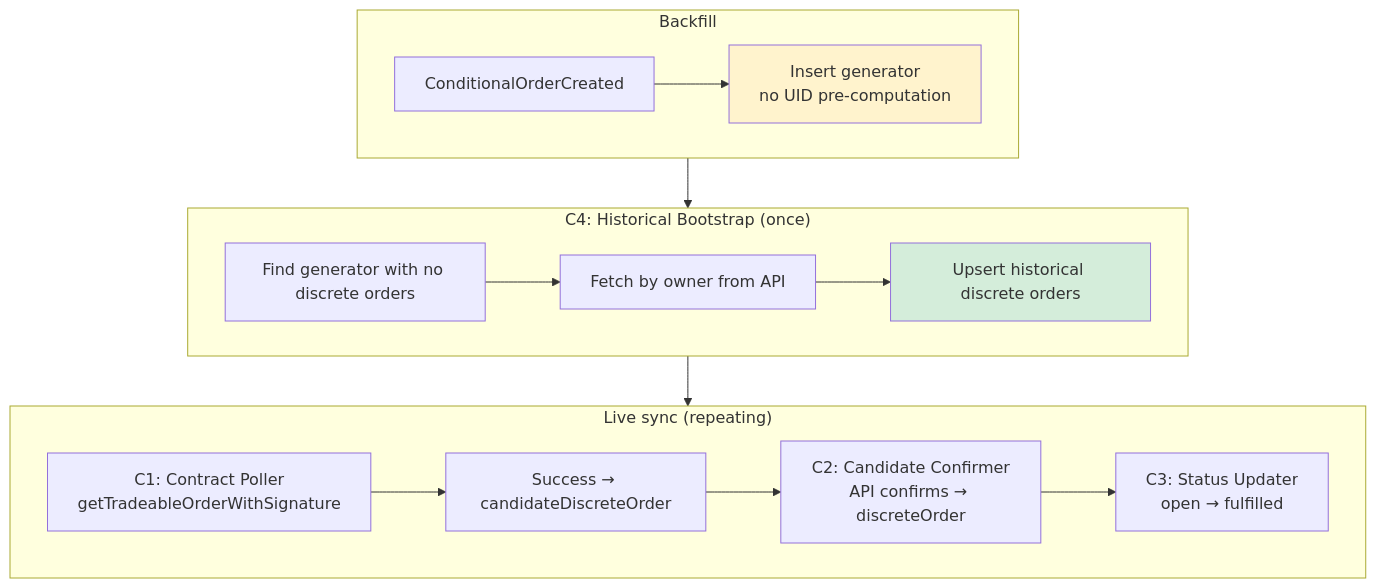
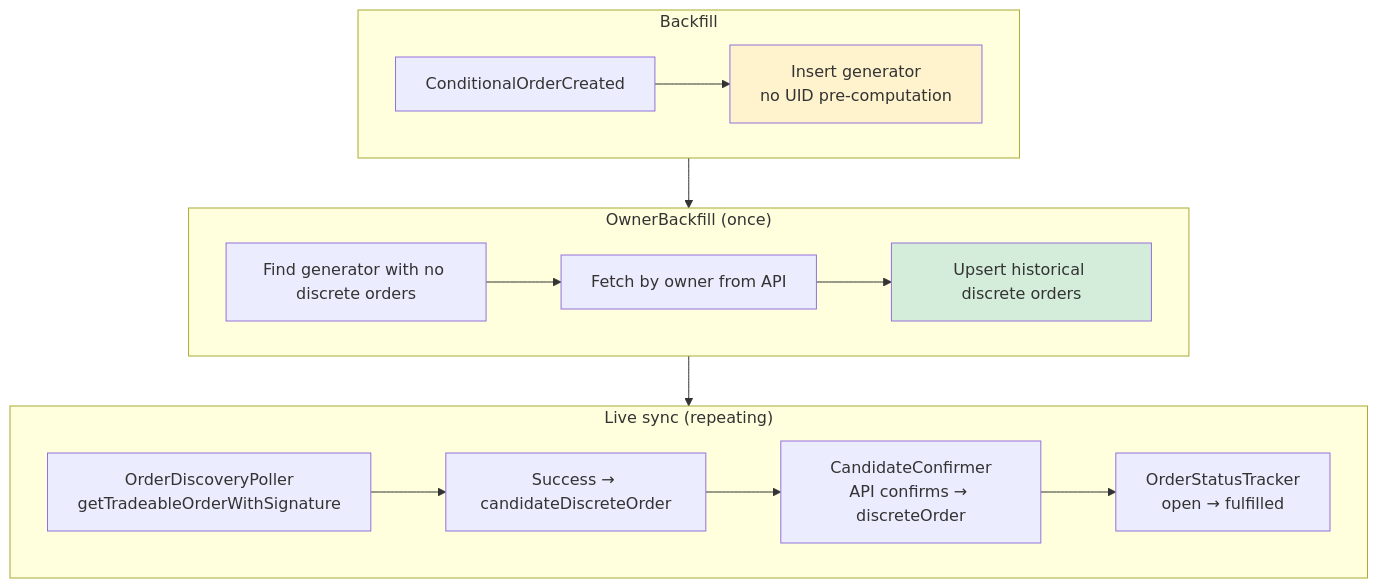
Before and after one commit to bleu/cow-programmatic-orders-api: the sixth of 7 diagrams in agent_docs/m3-orderbook-integration-flow.md, drawn with Mermaid. The commit also changed other lines of this file and 12 other files, not shown here.

````diff
--- a/agent_docs/m3-orderbook-integration-flow.md
+++ b/agent_docs/m3-orderbook-integration-flow.md
@@ -576,28 +576,28 @@
 ```mermaid
 flowchart TD
     subgraph Backfill
         B1["ConditionalOrderCreated"]
         B2["Insert generator<br/>no UID pre-computation"]
         B1 --> B2
     end
 
-    subgraph Bootstrap["C4: Historical Bootstrap (once)"]
+    subgraph Bootstrap["OwnerBackfill (once)"]
         B3["Find generator with no discrete orders"]
         B4["Fetch by owner from API"]
         B5["Upsert historical discrete orders"]
         B3 --> B4 --> B5
     end
 
     subgraph LiveLoop["Live sync (repeating)"]
-        C1["C1: Contract Poller<br/>getTradeableOrderWithSignature"]
+        OrderDiscoveryPoller["OrderDiscoveryPoller<br/>getTradeableOrderWithSignature"]
         C1S["Success → candidateDiscreteOrder"]
-        C2["C2: Candidate Confirmer<br/>API confirms → discreteOrder"]
-        C3["C3: Status Updater<br/>open → fulfilled"]
-        C1 --> C1S --> C2 --> C3
+        CandidateConfirmer["CandidateConfirmer<br/>API confirms → discreteOrder"]
+        OrderStatusTracker["OrderStatusTracker<br/>open → fulfilled"]
+        OrderDiscoveryPoller --> C1S --> CandidateConfirmer --> OrderStatusTracker
     end
 
     Backfill --> Bootstrap --> LiveLoop
 
     style B2 fill:#fff3cd
     style B5 fill:#d4edda
 ```
````
